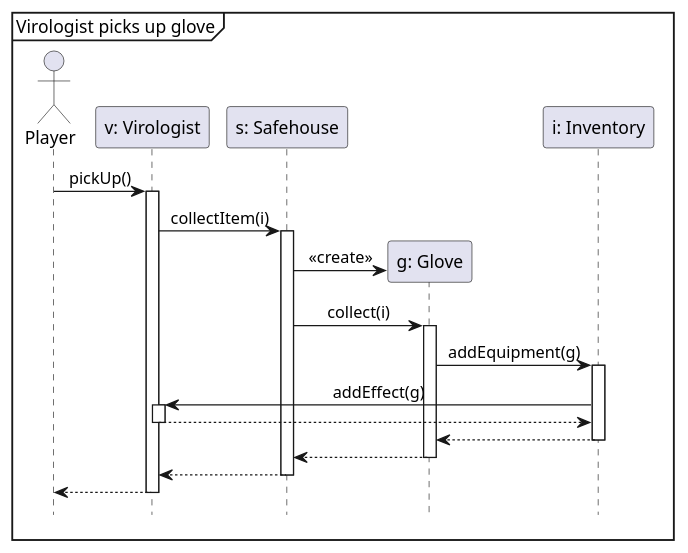
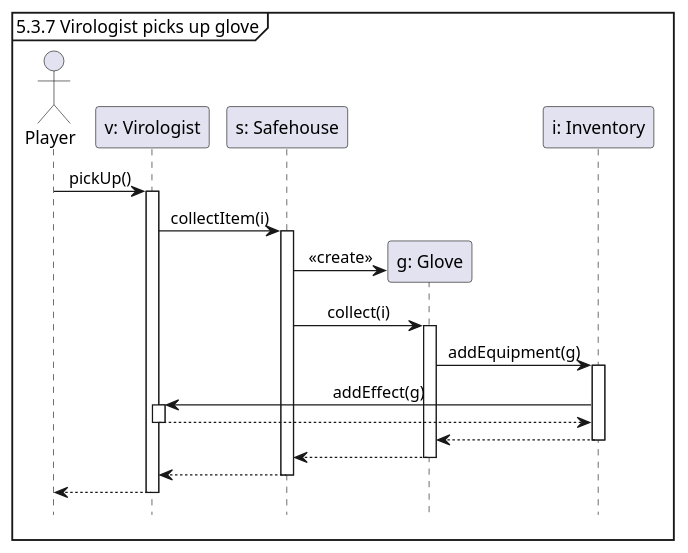
Before and after one commit to Tschonti/503-service-unavailable: the diagram in docs/testCases/sequences/pickUpGlove.puml, drawn with PlantUML. The commit also changed 3 other files, not shown here.

Commit message:
Numbered sequence diagrams

```diff
--- a/docs/testCases/sequences/pickUpGlove.puml
+++ b/docs/testCases/sequences/pickUpGlove.puml
@@ -1,27 +1,27 @@
 @startuml
 'https://plantuml.com/sequence-diagram
 
 hide footbox
 skinparam sequenceMessageAlign center
 
-mainframe Virologist picks up glove
+mainframe 5.3.7 Virologist picks up glove
 
 actor Player as p
 participant "v: Virologist" as v
 participant "s: Safehouse" as s
 participant "g: Glove" as g
 participant "i: Inventory" as i
 
 p -> v ++ : pickUp()
     v -> s ++ : collectItem(i)
         s -> g ** : <<create>>
         s -> g ++ : collect(i)
             g -> i ++ : addEquipment(g)
                 i -> v ++ : addEffect(g)
                 return
             return
         return
     return
 return
 
 @enduml
```
